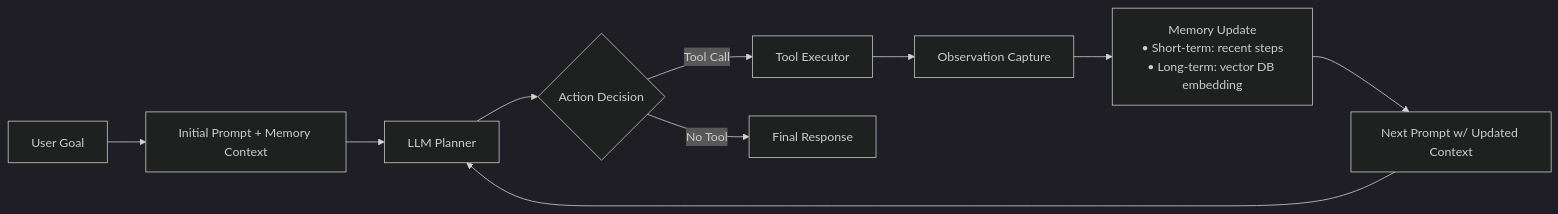
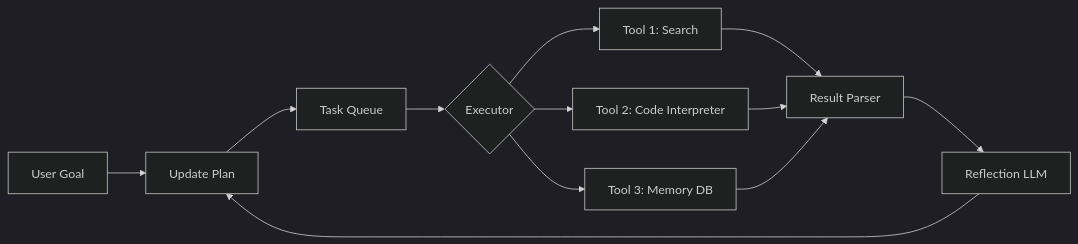
The diagram in 06-Agent开发框架/autogpt与自主agent.md (liuwei1993/ai-llm-agent-knowledge), drawn with Mermaid (dark theme) before and after one commit. The commit also changed other lines of this file and 2 other files, not shown here.

````diff
--- a/06-Agent开发框架/autogpt与自主agent.md
+++ b/06-Agent开发框架/autogpt与自主agent.md
@@ -39,12 +36,14 @@
 ```mermaid
 graph LR
-A[User Goal] --> B[Initial Prompt + Memory Context]
-B --> C[LLM Planner]
-C --> D{Action Decision}
-D -->|Tool Call| E[Tool Executor]
-D -->|No Tool| F[Final Response]
-E --> G[Observation Capture]
-G --> H[Memory Update<br>• Short-term: recent steps<br>• Long-term: vector DB embedding]
-H --> I[Next Prompt w/ Updated Context]
-I --> C
+A[User Goal] --> B[Planner LLM]
+B --> C[Task Queue]
+C --> D{Executor}
+D --> E[Tool 1: Search]
+D --> F[Tool 2: Code Interpreter]
+D --> G[Tool 3: Memory DB]
+E --> H[Result Parser]
+F --> H
+G --> H
+H --> I[Reflection LLM]
+I --> B[Update Plan]
 ```
````
